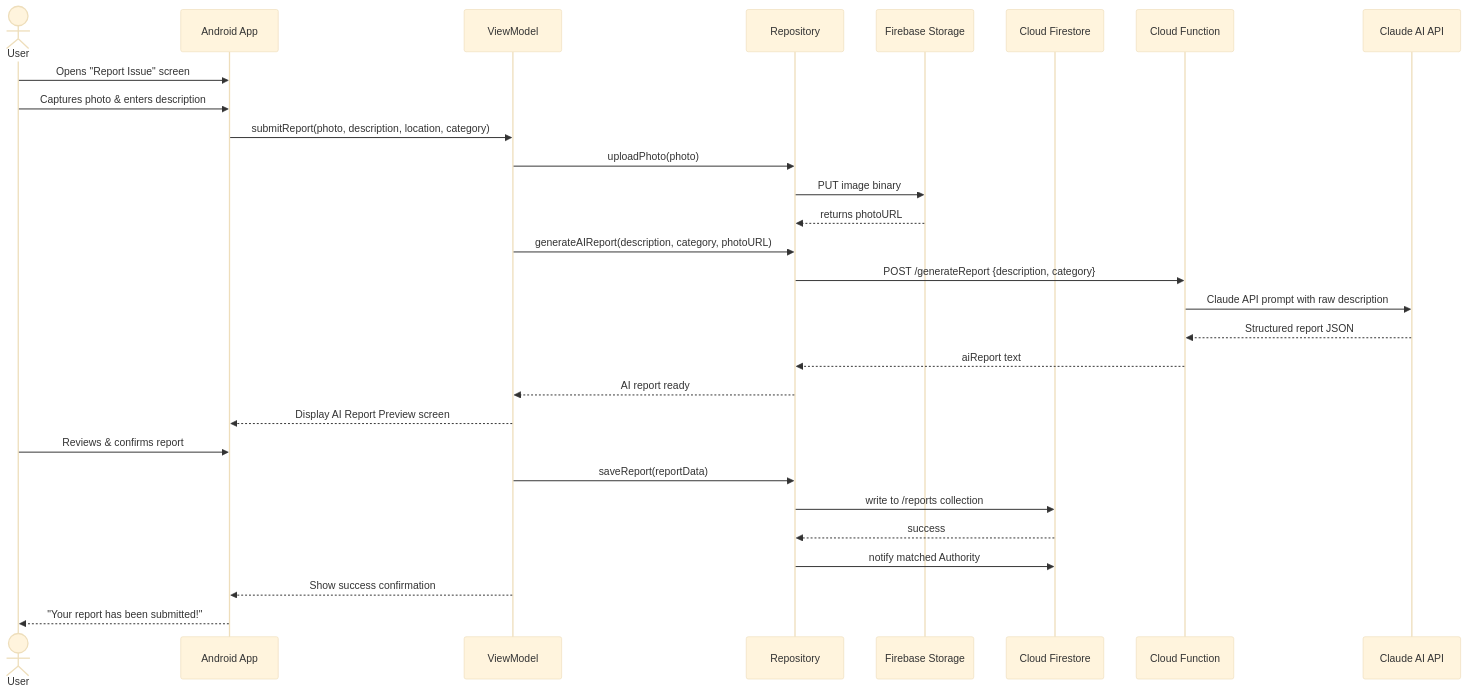
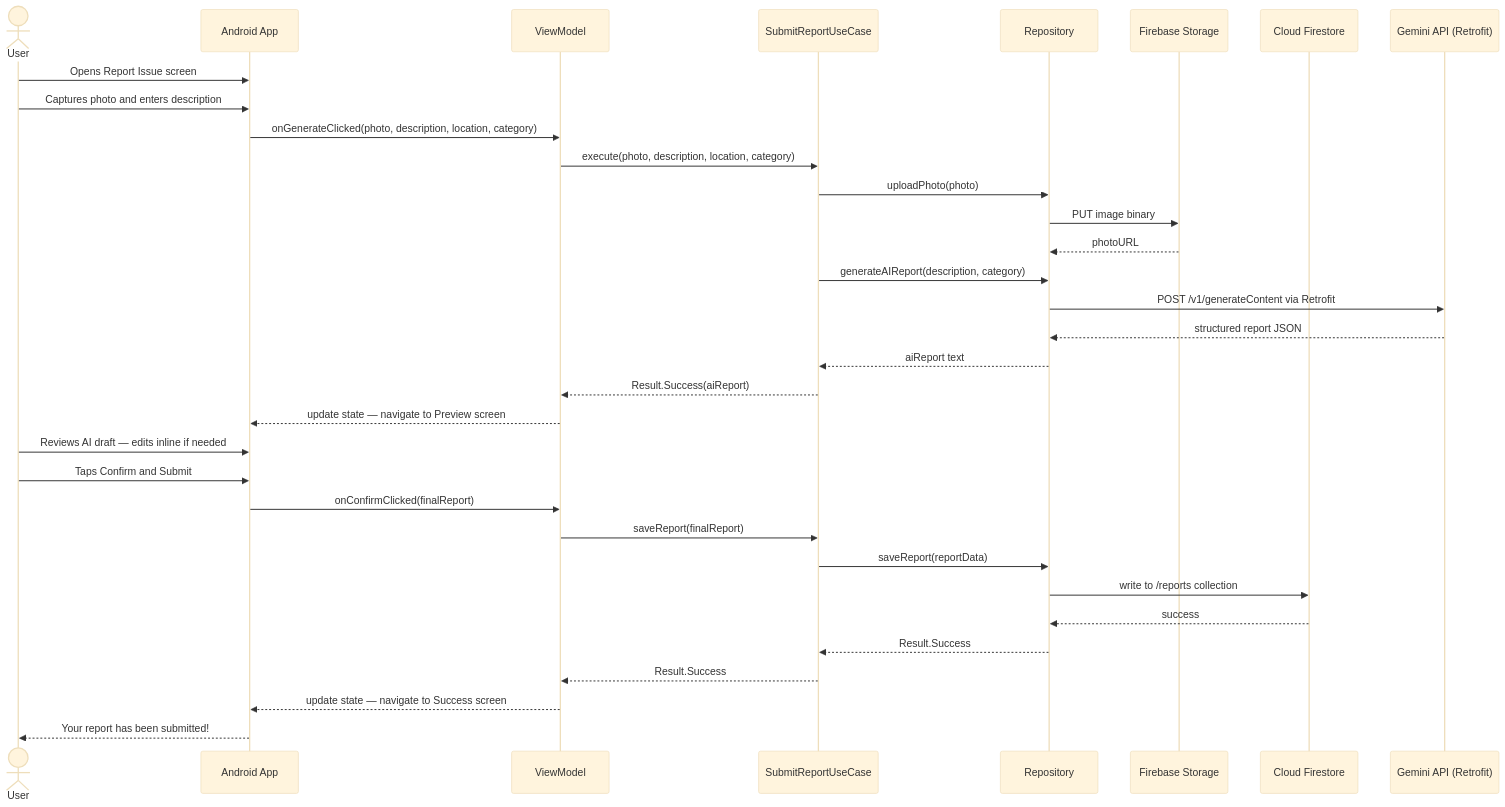
One commit to yousef-MAjeeb/Eco-Guardian changed the sixth of 11 diagrams in App Documentation/System Analysis & Design — Eco-Guardian.md. Above: the diagram before and after it, drawn with Mermaid (base theme). The commit also changed other lines of this file, not shown here.

````diff
--- a/App Documentation/System Analysis & Design — Eco-Guardian.md
+++ b/App Documentation/System Analysis & Design — Eco-Guardian.md
@@ -305,32 +289,41 @@
 ```mermaid
 sequenceDiagram
     actor User
     participant App as Android App
     participant VM as ViewModel
+    participant UC as SubmitReportUseCase
     participant Repo as Repository
     participant Storage as Firebase Storage
     participant Firestore as Cloud Firestore
-    participant CF as Cloud Function
-    participant AI as Claude AI API
+    participant AI as Gemini API (Retrofit)
 
-    User->>App: Opens "Report Issue" screen
-    User->>App: Captures photo & enters description
-    App->>VM: submitReport(photo, description, location, category)
-    VM->>Repo: uploadPhoto(photo)
+    User->>App: Opens Report Issue screen
+    User->>App: Captures photo and enters description
+    App->>VM: onGenerateClicked(photo, description, location, category)
+    VM->>UC: execute(photo, description, location, category)
+
+    UC->>Repo: uploadPhoto(photo)
     Repo->>Storage: PUT image binary
-    Storage-->>Repo: returns photoURL
-    VM->>Repo: generateAIReport(description, category, photoURL)
-    Repo->>CF: POST /generateReport {description, category}
-    CF->>AI: Claude API prompt with raw description
-    AI-->>CF: Structured report JSON
-    CF-->>Repo: aiReport text
-    Repo-->>VM: AI report ready
-    VM-->>App: Display AI Report Preview screen
-    User->>App: Reviews & confirms report
-    VM->>Repo: saveReport(reportData)
+    Storage-->>Repo: photoURL
+
+    UC->>Repo: generateAIReport(description, category)
+    Repo->>AI: POST /v1/generateContent via Retrofit
+    AI-->>Repo: structured report JSON
+    Repo-->>UC: aiReport text
+
+    UC-->>VM: Result.Success(aiReport)
+    VM-->>App: update state — navigate to Preview screen
+
+    User->>App: Reviews AI draft — edits inline if needed
+    User->>App: Taps Confirm and Submit
+
+    App->>VM: onConfirmClicked(finalReport)
+    VM->>UC: saveReport(finalReport)
+    UC->>Repo: saveReport(reportData)
     Repo->>Firestore: write to /reports collection
     Firestore-->>Repo: success
-    Repo->>Firestore: notify matched Authority
-    VM-->>App: Show success confirmation
-    App-->>User: "Your report has been submitted!"
+    Repo-->>UC: Result.Success
+    UC-->>VM: Result.Success
+    VM-->>App: update state — navigate to Success screen
+    App-->>User: Your report has been submitted!
 ```
````
